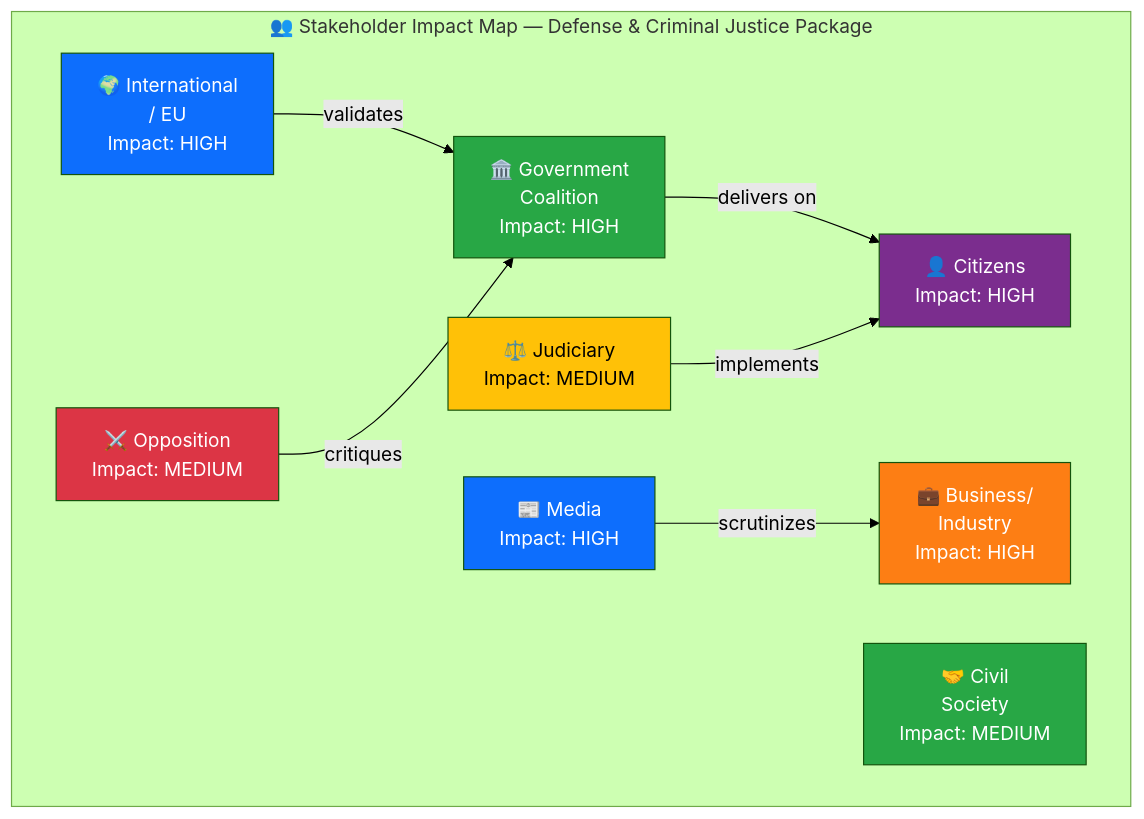
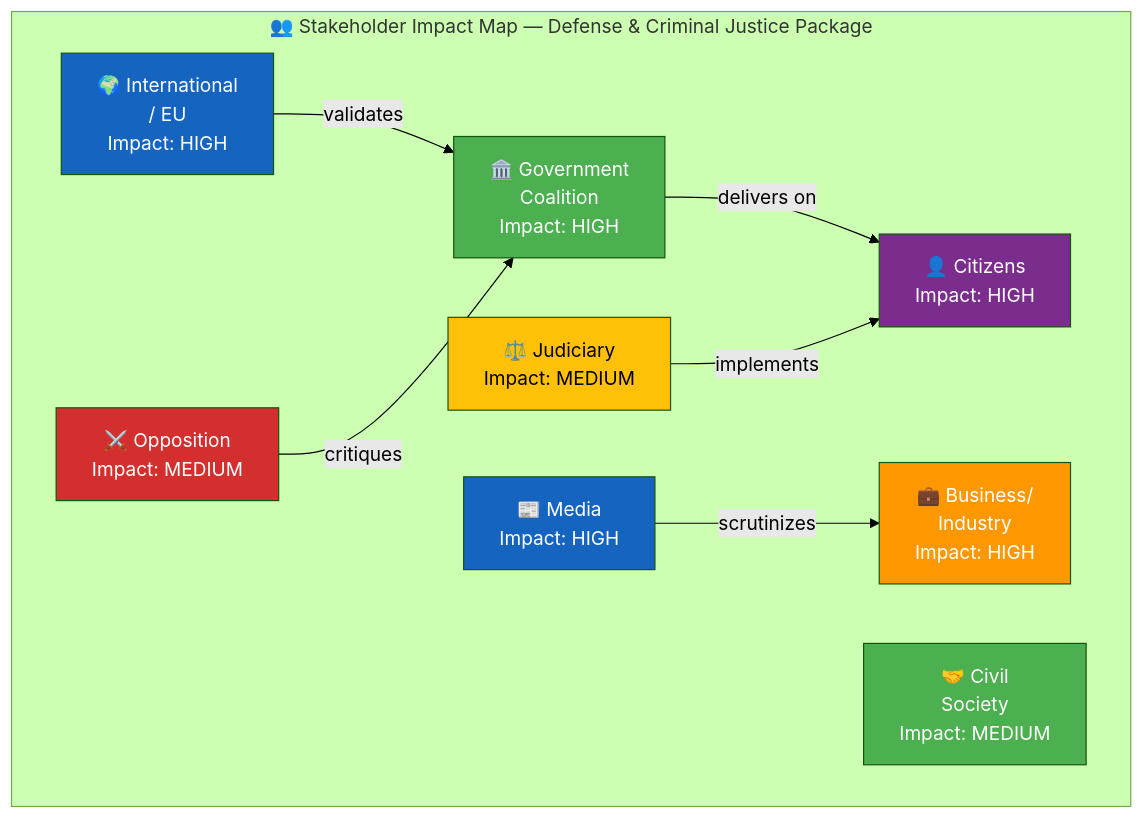
Before and after one commit to Hack23/riksdagsmonitor: the diagram in analysis/daily/2026-04-03/realtime-1018/stakeholder-perspectives.md, drawn with Mermaid (forest theme). The commit also changed 785 other files, not shown here.

First line of the commit message:
Normalize mermaid colors across 786 analysis artifacts to ISMS Style Guide palette

````diff
--- a/analysis/daily/2026-04-03/realtime-1018/stakeholder-perspectives.md
+++ b/analysis/daily/2026-04-03/realtime-1018/stakeholder-perspectives.md
@@ -21,28 +21,28 @@
 ```mermaid
 graph TD
     subgraph "👥 Stakeholder Impact Map — Defense & Criminal Justice Package"
         CIT["👤 Citizens<br/>Impact: HIGH"]
         GOV["🏛️ Government<br/>Coalition<br/>Impact: HIGH"]
         OPP["⚔️ Opposition<br/>Impact: MEDIUM"]
         BUS["💼 Business/<br/>Industry<br/>Impact: HIGH"]
         CIV["🤝 Civil<br/>Society<br/>Impact: MEDIUM"]
         INT["🌍 International<br/>/ EU<br/>Impact: HIGH"]
         JUD["⚖️ Judiciary<br/>Impact: MEDIUM"]
         MED["📰 Media<br/>Impact: HIGH"]
     end
 
     GOV -->|"delivers on"| CIT
     INT -->|"validates"| GOV
     OPP -->|"critiques"| GOV
     MED -->|"scrutinizes"| BUS
     JUD -->|"implements"| CIT
 
-    style CIT fill:#7b2d8e,color:#fff
-    style GOV fill:#28a745,color:#fff
-    style OPP fill:#dc3545,color:#fff
-    style BUS fill:#fd7e14,color:#fff
-    style CIV fill:#28a745,color:#fff
-    style INT fill:#0d6efd,color:#fff
-    style JUD fill:#ffc107,color:#000
-    style MED fill:#0d6efd,color:#fff
+    style CIT fill:#7b2d8e,color:#FFFFFF
+    style GOV fill:#4CAF50,color:#FFFFFF
+    style OPP fill:#D32F2F,color:#FFFFFF
+    style BUS fill:#FF9800,color:#FFFFFF
+    style CIV fill:#4CAF50,color:#FFFFFF
+    style INT fill:#1565C0,color:#FFFFFF
+    style JUD fill:#FFC107,color:#000000
+    style MED fill:#1565C0,color:#FFFFFF
 ```
````
